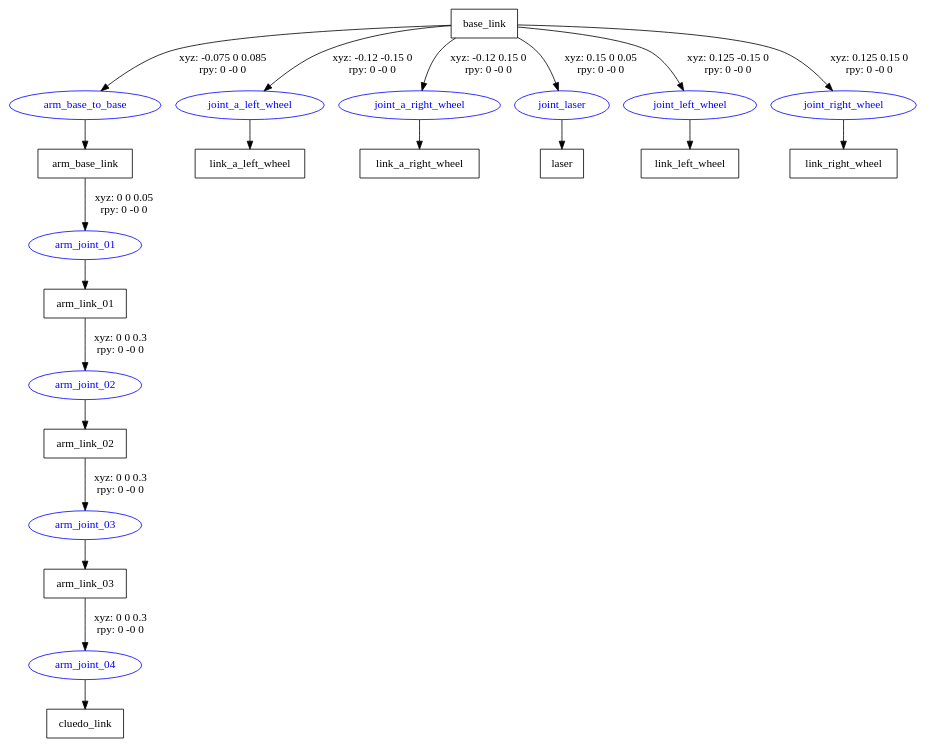
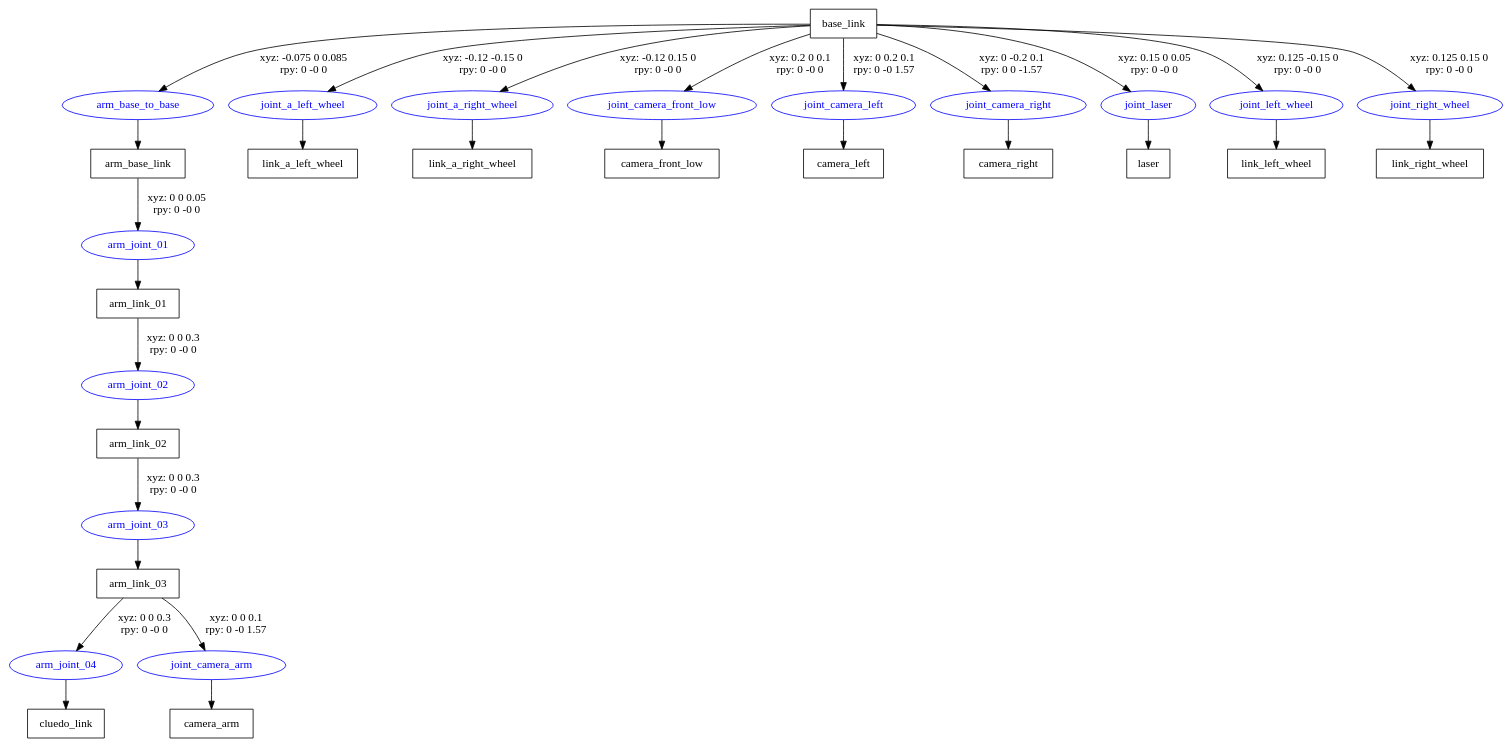
Before and after one commit to programmatoroSeduto/ExperimentalRoboticsLab-Assignment-3: the diagram in robocluedo_dependencies/robocluedo_hunter_urdf_model/robot/model/robocluedo_robot.gv, drawn with Graphviz. The commit also changed 257 other files, not shown here.

```diff
--- a/robocluedo_dependencies/robocluedo_hunter_urdf_model/robot/model/robocluedo_robot.gv
+++ b/robocluedo_dependencies/robocluedo_hunter_urdf_model/robot/model/robocluedo_robot.gv
@@ -1,35 +1,47 @@
 digraph G {
 node [shape=box];
 "base_link" [label="base_link"];
 "arm_base_link" [label="arm_base_link"];
 "arm_link_01" [label="arm_link_01"];
 "arm_link_02" [label="arm_link_02"];
 "arm_link_03" [label="arm_link_03"];
 "cluedo_link" [label="cluedo_link"];
+"camera_arm" [label="camera_arm"];
 "link_a_left_wheel" [label="link_a_left_wheel"];
 "link_a_right_wheel" [label="link_a_right_wheel"];
+"camera_front_low" [label="camera_front_low"];
+"camera_left" [label="camera_left"];
+"camera_right" [label="camera_right"];
 "laser" [label="laser"];
 "link_left_wheel" [label="link_left_wheel"];
 "link_right_wheel" [label="link_right_wheel"];
 node [shape=ellipse, color=blue, fontcolor=blue];
 "base_link" -> "arm_base_to_base" [label="xyz: -0.075 0 0.085 \nrpy: 0 -0 0"]
 "arm_base_to_base" -> "arm_base_link"
 "arm_base_link" -> "arm_joint_01" [label="xyz: 0 0 0.05 \nrpy: 0 -0 0"]
 "arm_joint_01" -> "arm_link_01"
 "arm_link_01" -> "arm_joint_02" [label="xyz: 0 0 0.3 \nrpy: 0 -0 0"]
 "arm_joint_02" -> "arm_link_02"
 "arm_link_02" -> "arm_joint_03" [label="xyz: 0 0 0.3 \nrpy: 0 -0 0"]
 "arm_joint_03" -> "arm_link_03"
 "arm_link_03" -> "arm_joint_04" [label="xyz: 0 0 0.3 \nrpy: 0 -0 0"]
 "arm_joint_04" -> "cluedo_link"
+"arm_link_03" -> "joint_camera_arm" [label="xyz: 0 0 0.1 \nrpy: 0 -0 1.57"]
+"joint_camera_arm" -> "camera_arm"
 "base_link" -> "joint_a_left_wheel" [label="xyz: -0.12 -0.15 0 \nrpy: 0 -0 0"]
 "joint_a_left_wheel" -> "link_a_left_wheel"
 "base_link" -> "joint_a_right_wheel" [label="xyz: -0.12 0.15 0 \nrpy: 0 -0 0"]
 "joint_a_right_wheel" -> "link_a_right_wheel"
+"base_link" -> "joint_camera_front_low" [label="xyz: 0.2 0 0.1 \nrpy: 0 -0 0"]
+"joint_camera_front_low" -> "camera_front_low"
+"base_link" -> "joint_camera_left" [label="xyz: 0 0.2 0.1 \nrpy: 0 -0 1.57"]
+"joint_camera_left" -> "camera_left"
+"base_link" -> "joint_camera_right" [label="xyz: 0 -0.2 0.1 \nrpy: 0 0 -1.57"]
+"joint_camera_right" -> "camera_right"
 "base_link" -> "joint_laser" [label="xyz: 0.15 0 0.05 \nrpy: 0 -0 0"]
 "joint_laser" -> "laser"
 "base_link" -> "joint_left_wheel" [label="xyz: 0.125 -0.15 0 \nrpy: 0 -0 0"]
 "joint_left_wheel" -> "link_left_wheel"
 "base_link" -> "joint_right_wheel" [label="xyz: 0.125 0.15 0 \nrpy: 0 -0 0"]
 "joint_right_wheel" -> "link_right_wheel"
 }
```
